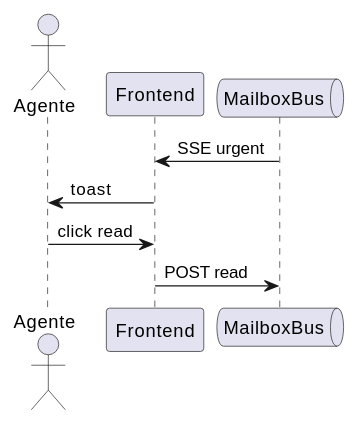
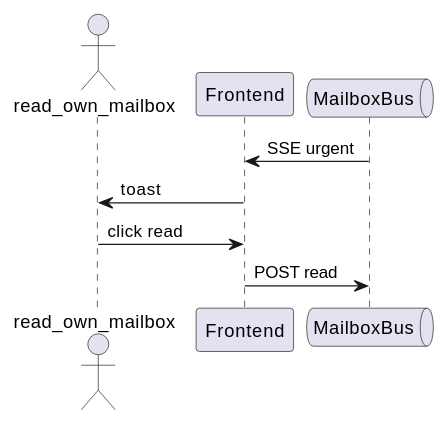
One commit to jcg-admin/IACT-docs changed the fourth of 4 diagrams in source/requisitos/casos-uso/operator/uc-opr-10/diagramas-uml.rst. Above: the diagram before and after it, drawn with PlantUML. The commit also changed other lines of this file and 77 other files, not shown here.

First line of the commit message:
Enforce RBAC function names as actors in all UML diagrams

```diff
--- a/source/requisitos/casos-uso/operator/uc-opr-10/diagramas-uml.rst
+++ b/source/requisitos/casos-uso/operator/uc-opr-10/diagramas-uml.rst
@@ -56,11 +56,11 @@
 .. uml::
 
  @startuml
- actor "Agente" as A
+ actor "read_own_mailbox" as A
  participant "Frontend" as FE
  queue "MailboxBus" as B
  B -> FE: SSE urgent
  FE -> A: toast
  A -> FE: click read
  FE -> B: POST read
  @enduml
```
